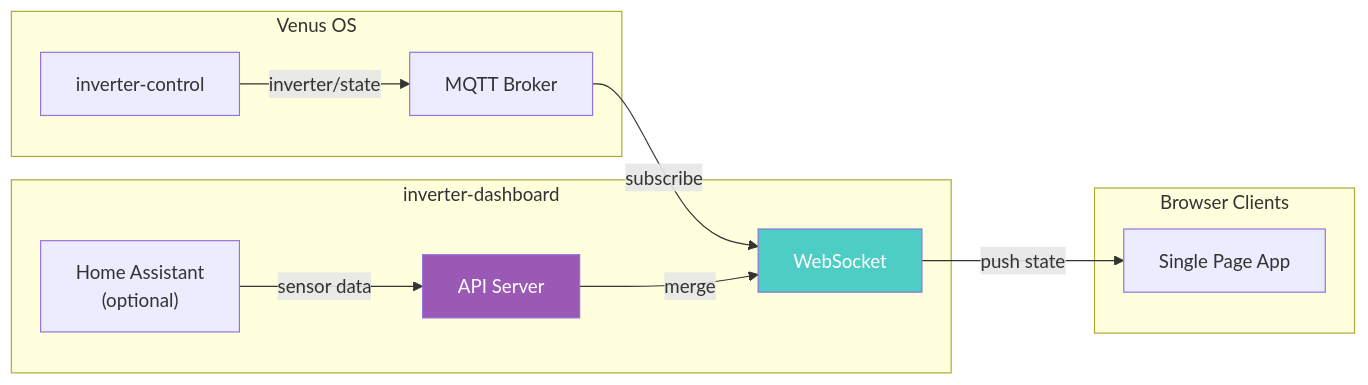
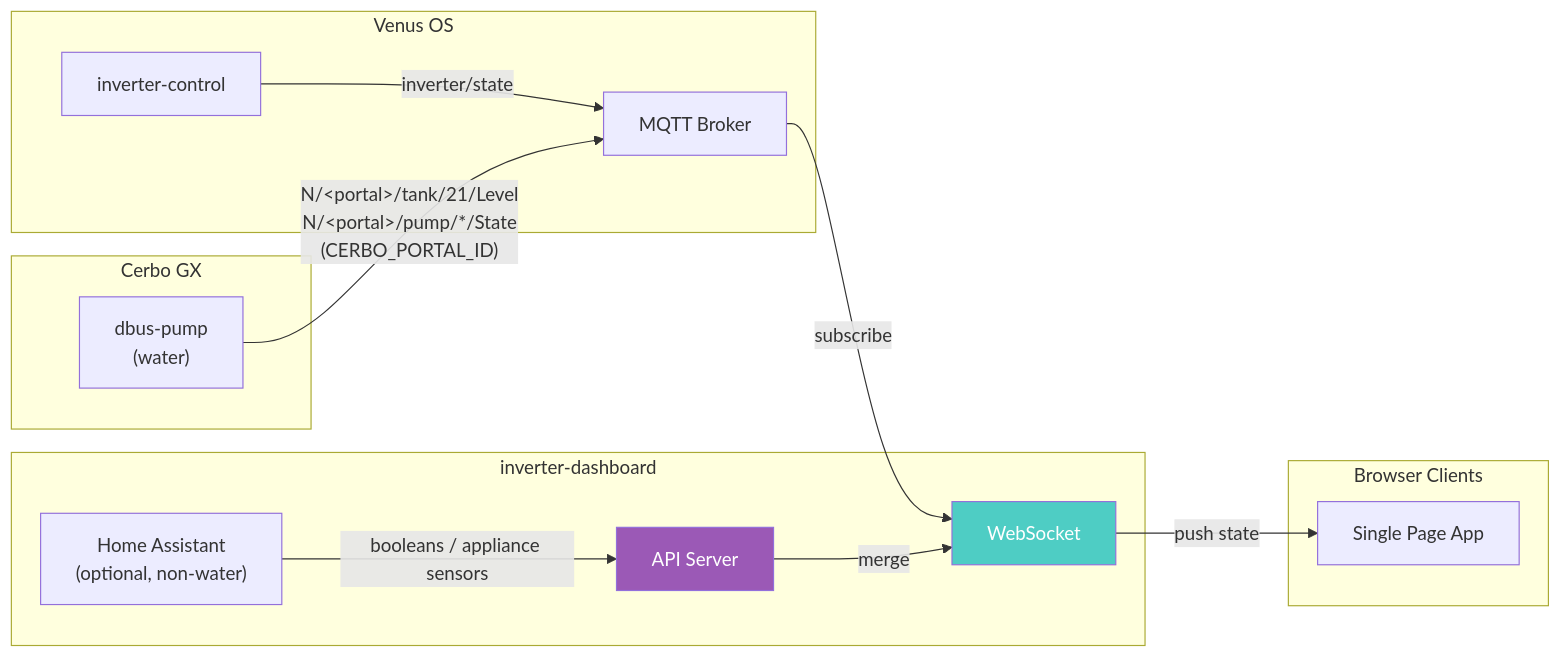
Before and after one commit to victron-venus/inverter-dashboard: the first of 4 diagrams in .github/docs/system-architecture.md, drawn with Mermaid. The commit also changed other lines of this file and 8 other files, not shown here.

First line of the commit message:
Water: dbus-pump via Cerbo MQTT instead of Home Assistant (#115)

````diff
--- a/.github/docs/system-architecture.md
+++ b/.github/docs/system-architecture.md
@@ -5,26 +5,31 @@
 ```mermaid
 flowchart LR
     subgraph Venus["Venus OS"]
         MQTT["MQTT Broker"]
         INV["inverter-control"]
     end
 
+    subgraph GX["Cerbo GX"]
+        DP["dbus-pump<br/>(water)"]
+    end
+
     subgraph Dashboard["inverter-dashboard"]
         WS["WebSocket"]
         API["API Server"]
-        HA["Home Assistant<br/>(optional)"]
+        HA["Home Assistant<br/>(optional, non-water)"]
     end
 
     subgraph Client["Browser Clients"]
         UI["Single Page App"]
     end
 
     INV -->|"inverter/state"| MQTT
     MQTT -->|"subscribe"| WS
+    DP -->|"N/&lt;portal&gt;/tank/21/Level<br/>N/&lt;portal&gt;/pump/*/State<br/>(CERBO_PORTAL_ID)"| MQTT
     WS -->|"push state"| UI
-    HA -->|"sensor data"| API
+    HA -->|"booleans / appliance sensors"| API
     API -->|"merge"| WS
 
     style WS fill:#4ecdc4,color:#fff
     style API fill:#9b59b6,color:#fff
 ```
````
